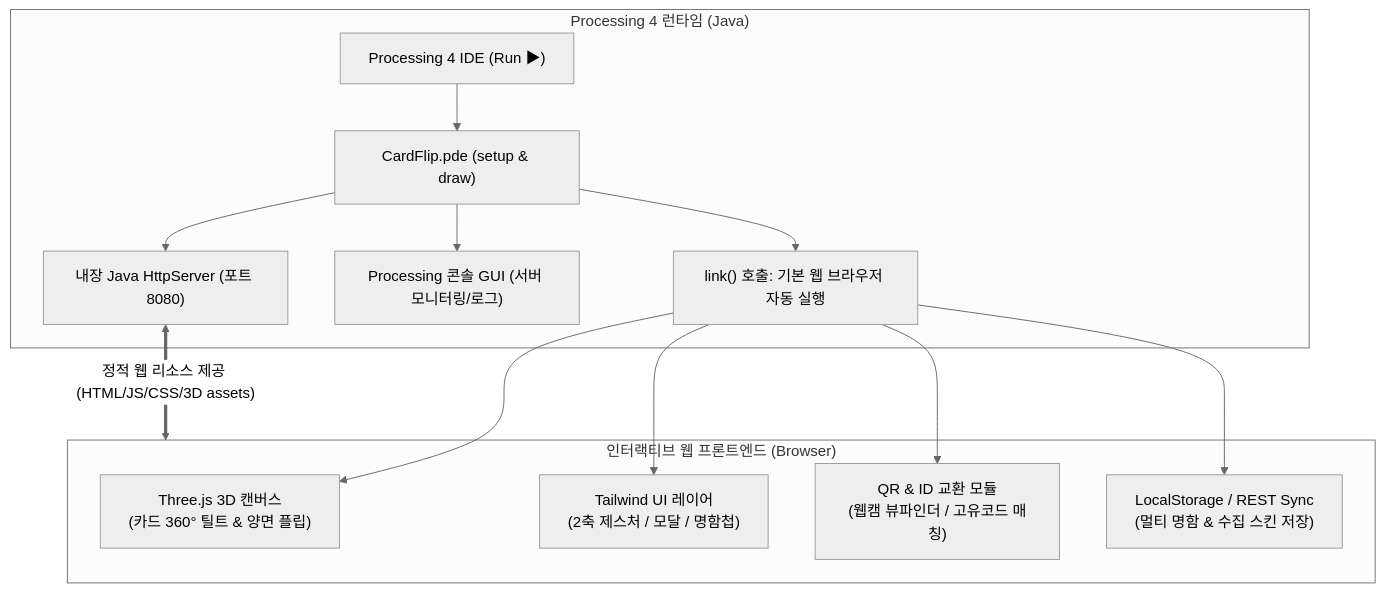
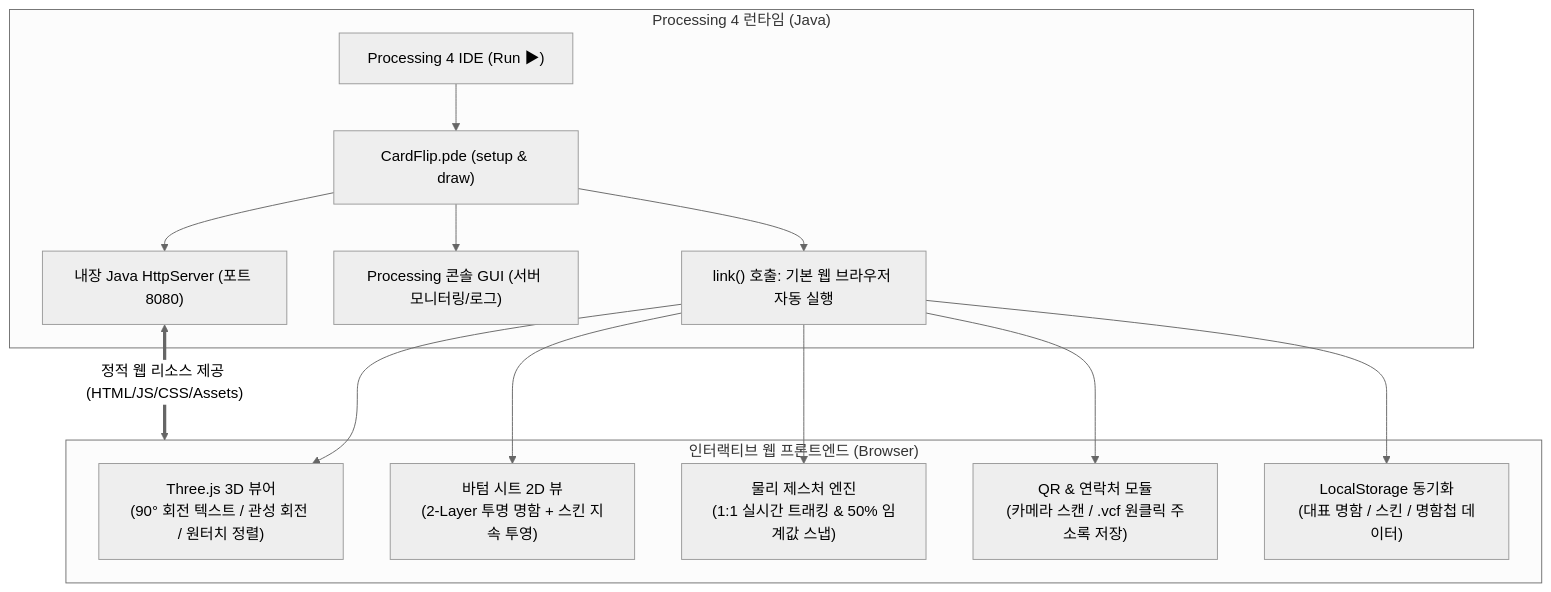
One commit to 0327zzang-ux/CardFlip changed the diagram in 기획서_디지털_명함_앱.md. Above: the diagram before and after it, drawn with Mermaid (neutral theme). The commit also changed other lines of this file and 17 other files, not shown here.

````diff
--- a/기획서_디지털_명함_앱.md
+++ b/기획서_디지털_명함_앱.md
@@ -25,18 +29,19 @@
 ```mermaid
 flowchart TD
     subgraph Host["Processing 4 런타임 (Java)"]
         A["Processing 4 IDE (Run ▶)"] --> B["CardFlip.pde (setup & draw)"]
         B --> C["내장 Java HttpServer (포트 8080)"]
         B --> D["Processing 콘솔 GUI (서버 모니터링/로그)"]
         B --> E["link() 호출: 기본 웹 브라우저 자동 실행"]
     end
 
     subgraph Client["인터랙티브 웹 프론트엔드 (Browser)"]
-        E --> F["Three.js 3D 캔버스<br/>(카드 360° 틸트 & 양면 플립)"]
-        E --> G["Tailwind UI 레이어<br/>(2축 제스처 / 모달 / 명함첩)"]
-        E --> H["QR & ID 교환 모듈<br/>(웹캠 뷰파인더 / 고유코드 매칭)"]
-        E --> I["LocalStorage / REST Sync<br/>(멀티 명함 & 수집 스킨 저장)"]
+        E --> F["Three.js 3D 뷰어<br/>(90° 회전 텍스트 / 관성 회전 / 원터치 정렬)"]
+        E --> G["바텀 시트 2D 뷰<br/>(2-Layer 투명 명함 + 스킨 지속 투영)"]
+        E --> H["물리 제스처 엔진<br/>(1:1 실시간 트래킹 & 50% 임계값 스냅)"]
+        E --> I["QR & 연락처 모듈<br/>(카메라 스캔 / .vcf 원클릭 주소록 저장)"]
+        E --> J["LocalStorage 동기화<br/>(대표 명함 / 스킨 / 명함첩 데이터)"]
     end
 
-    C <==>|"정적 웹 리소스 제공 (HTML/JS/CSS/3D assets)"| Client
+    C <==>|"정적 웹 리소스 제공 (HTML/JS/CSS/Assets)"| Client
 ```
````
